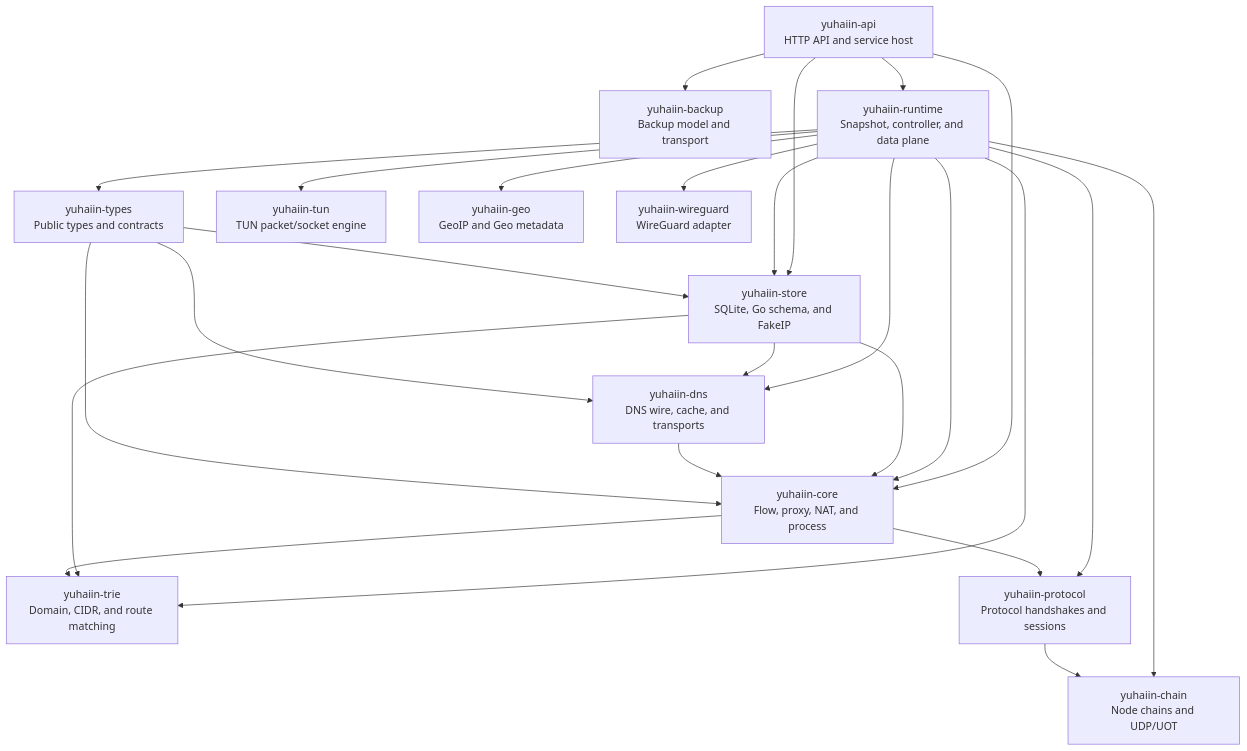
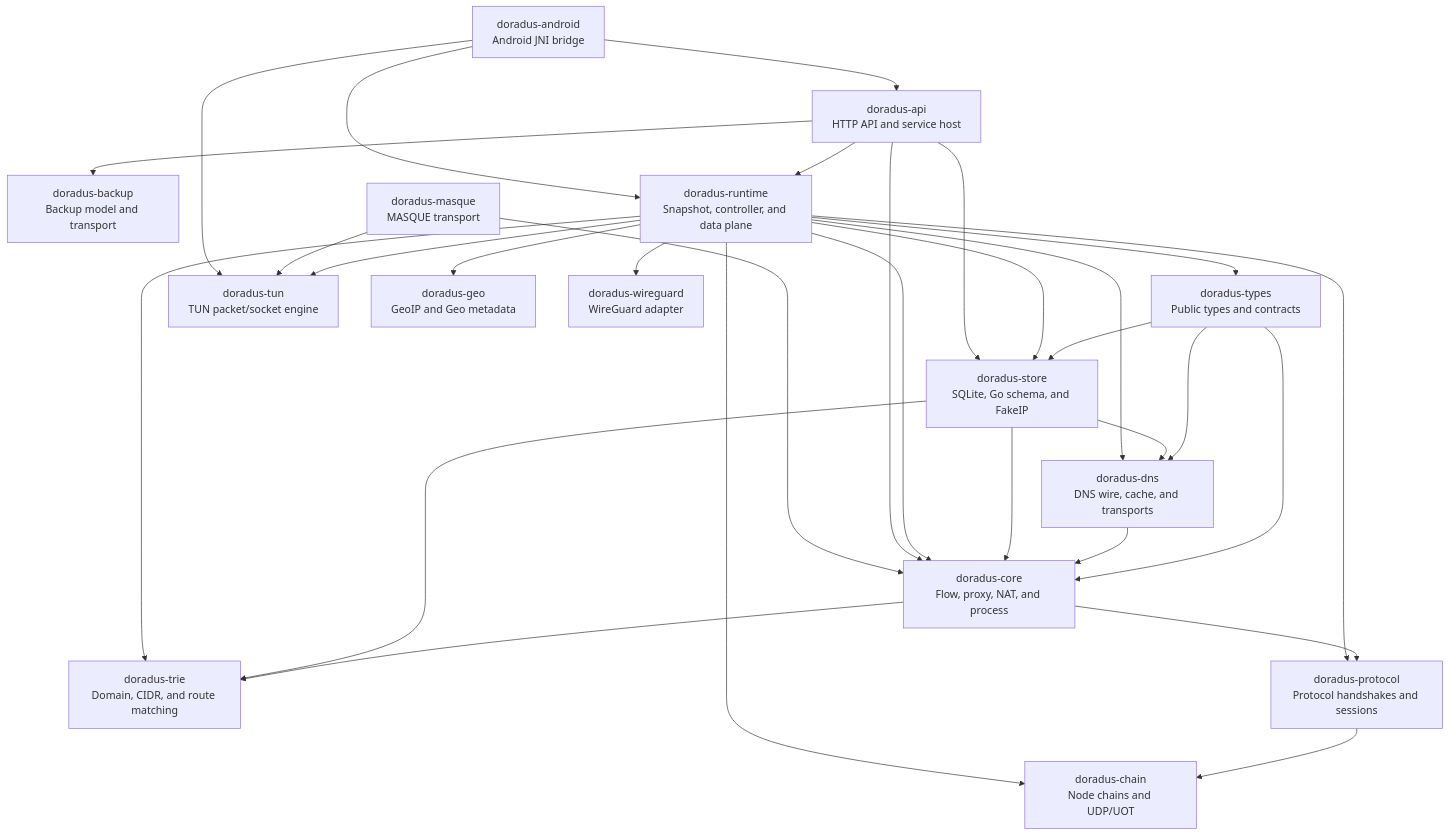
One commit to yuhaiin/doradus changed the first of 11 diagrams in docs/ARCHITECTURE.md. Above: the diagram before and after it, drawn with Mermaid. The commit also changed other lines of this file and 729 other files, not shown here.

First line of the commit message:
Refactor integration scripts to replace 'yuhaiin' with 'doradus'

```diff
--- a/docs/ARCHITECTURE.md
+++ b/docs/ARCHITECTURE.md
@@ -39,41 +39,48 @@
 ~~~mermaid
 graph TD
-    TYPES[yuhaiin-types<br/>Public types and contracts]
-    DNS[yuhaiin-dns<br/>DNS wire, cache, and transports]
-    CORE[yuhaiin-core<br/>Flow, proxy, NAT, and process]
-    TRIE[yuhaiin-trie<br/>Domain, CIDR, and route matching]
-    PROTOCOL[yuhaiin-protocol<br/>Protocol handshakes and sessions]
-    CHAIN[yuhaiin-chain<br/>Node chains and UDP/UOT]
-    STORE[yuhaiin-store<br/>SQLite, Go schema, and FakeIP]
-    TUN[yuhaiin-tun<br/>TUN packet/socket engine]
-    GEO[yuhaiin-geo<br/>GeoIP and Geo metadata]
-    WG[yuhaiin-wireguard<br/>WireGuard adapter]
-    BACKUP[yuhaiin-backup<br/>Backup model and transport]
-    RUNTIME[yuhaiin-runtime<br/>Snapshot, controller, and data plane]
-    API[yuhaiin-api<br/>HTTP API and service host]
+    TYPES[doradus-types<br/>Public types and contracts]
+    DNS[doradus-dns<br/>DNS wire, cache, and transports]
+    CORE[doradus-core<br/>Flow, proxy, NAT, and process]
+    TRIE[doradus-trie<br/>Domain, CIDR, and route matching]
+    PROTOCOL[doradus-protocol<br/>Protocol handshakes and sessions]
+    CHAIN[doradus-chain<br/>Node chains and UDP/UOT]
+    STORE[doradus-store<br/>SQLite, Go schema, and FakeIP]
+    TUN[doradus-tun<br/>TUN packet/socket engine]
+    GEO[doradus-geo<br/>GeoIP and Geo metadata]
+    WG[doradus-wireguard<br/>WireGuard adapter]
+    BACKUP[doradus-backup<br/>Backup model and transport]
+    MASQUE[doradus-masque<br/>MASQUE transport]
+    ANDROID[doradus-android<br/>Android JNI bridge]
+    RUNTIME[doradus-runtime<br/>Snapshot, controller, and data plane]
+    API[doradus-api<br/>HTTP API and service host]
 
     TYPES --> DNS
     TYPES --> CORE
     TYPES --> STORE
     DNS --> CORE
     CORE --> TRIE
     CORE --> PROTOCOL
     PROTOCOL --> CHAIN
     STORE --> DNS
     STORE --> CORE
     STORE --> TRIE
     RUNTIME --> TYPES
     RUNTIME --> DNS
     RUNTIME --> CORE
     RUNTIME --> TRIE
     RUNTIME --> PROTOCOL
     RUNTIME --> CHAIN
     RUNTIME --> STORE
     RUNTIME --> TUN
     RUNTIME --> GEO
     RUNTIME --> WG
     API --> RUNTIME
     API --> STORE
     API --> CORE
     API --> BACKUP
+    MASQUE --> CORE
+    MASQUE --> TUN
+    ANDROID --> API
+    ANDROID --> RUNTIME
+    ANDROID --> TUN
 ~~~
```
